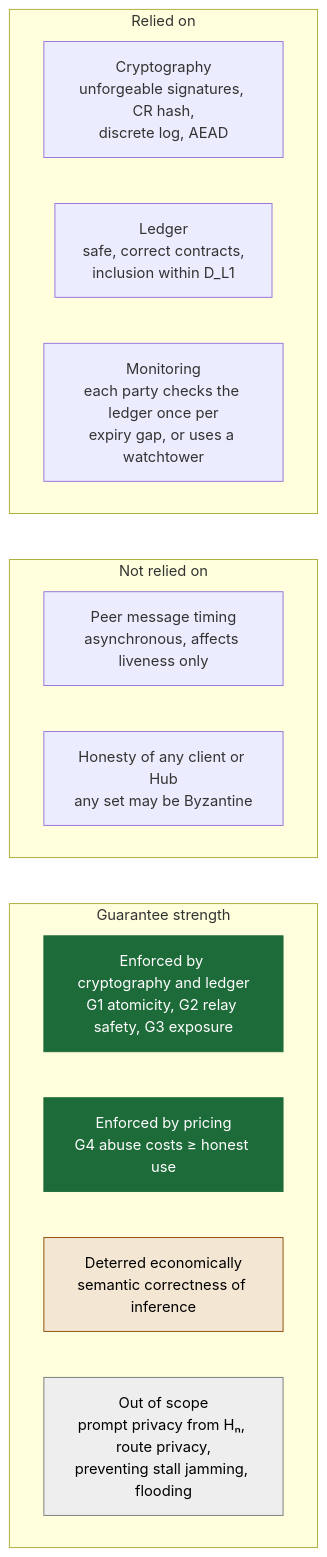
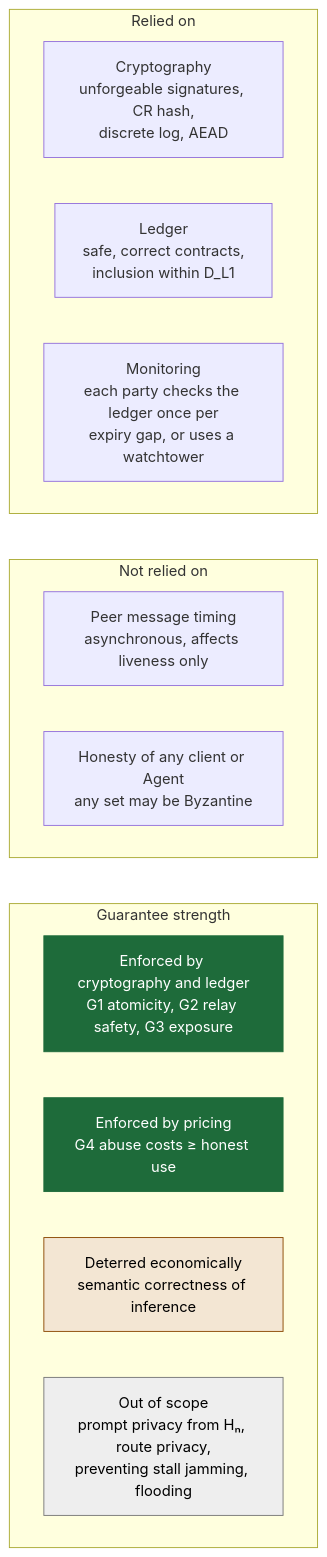
One commit to MDOmerDanish/project-idea changed diagram 19 of 27 in specroute_paper_draft.md. Above: the diagram before and after it, drawn with Mermaid. The commit also changed other lines of this file, not shown here.

````diff
--- a/specroute_paper_draft.md
+++ b/specroute_paper_draft.md
@@ -582,29 +585,29 @@
 ```mermaid
 flowchart TB
     subgraph RELY["Relied on"]
         direction LR
         A1["Cryptography<br/>unforgeable signatures, CR hash,<br/>discrete log, AEAD"]
         A2["Ledger<br/>safe, correct contracts,<br/>inclusion within D_L1"]
         A3["Monitoring<br/>each party checks the ledger once per<br/>expiry gap, or uses a watchtower"]
     end
     subgraph NORELY["Not relied on"]
         direction LR
         N1["Peer message timing<br/>asynchronous, affects liveness only"]
-        N2["Honesty of any client or Hub<br/>any set may be Byzantine"]
+        N2["Honesty of any client or Agent<br/>any set may be Byzantine"]
     end
     subgraph STRENGTH["Guarantee strength"]
         direction LR
         E1["Enforced by cryptography and ledger<br/>G1 atomicity, G2 relay safety, G3 exposure"]
         E2["Enforced by pricing<br/>G4 abuse costs ≥ honest use"]
         E3["Deterred economically<br/>semantic correctness of inference"]
         E4["Out of scope<br/>prompt privacy from Hₙ, route privacy,<br/>preventing stall jamming, flooding"]
     end
     RELY ~~~ NORELY
     NORELY ~~~ STRENGTH
     classDef strong fill:#1e6b3a,stroke:#1e6b3a,color:#fff
     classDef weak fill:#f3e6d3,stroke:#8a4700,color:#000
     classDef none fill:#eeeeee,stroke:#777,color:#000
     class E1,E2 strong
     class E3 weak
     class E4 none
 ```
````
